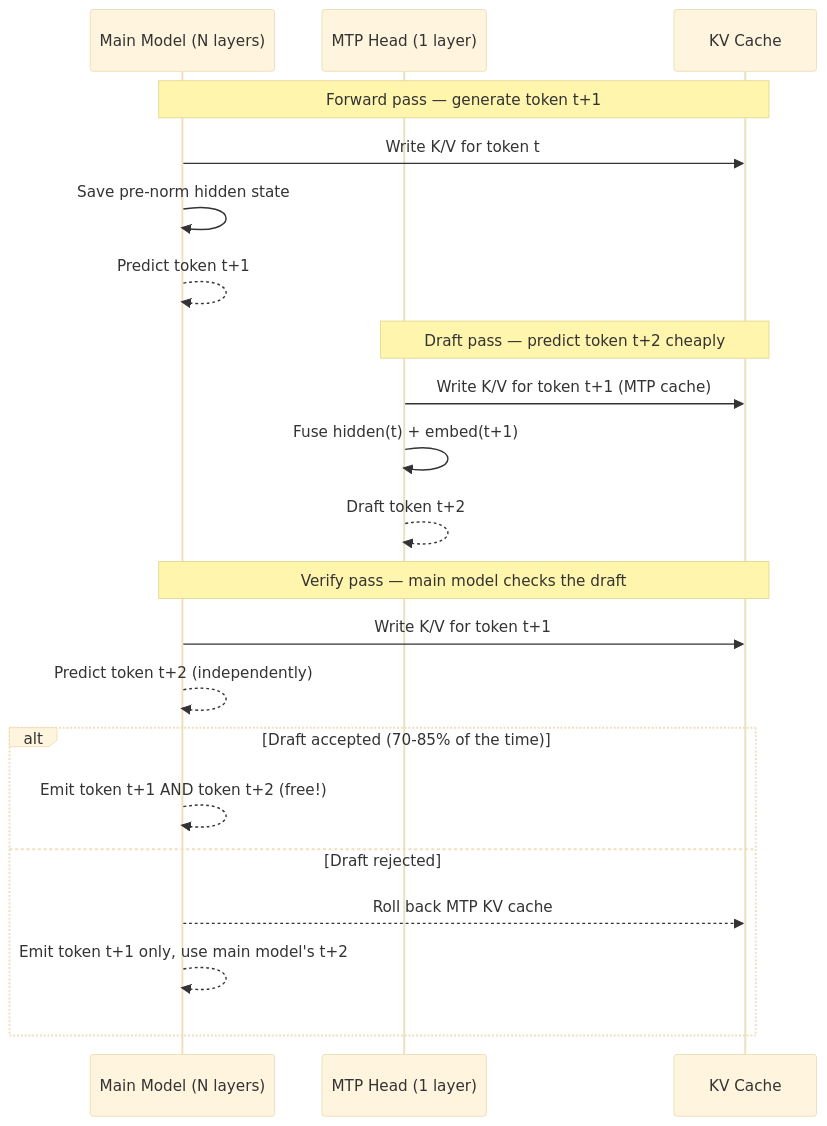
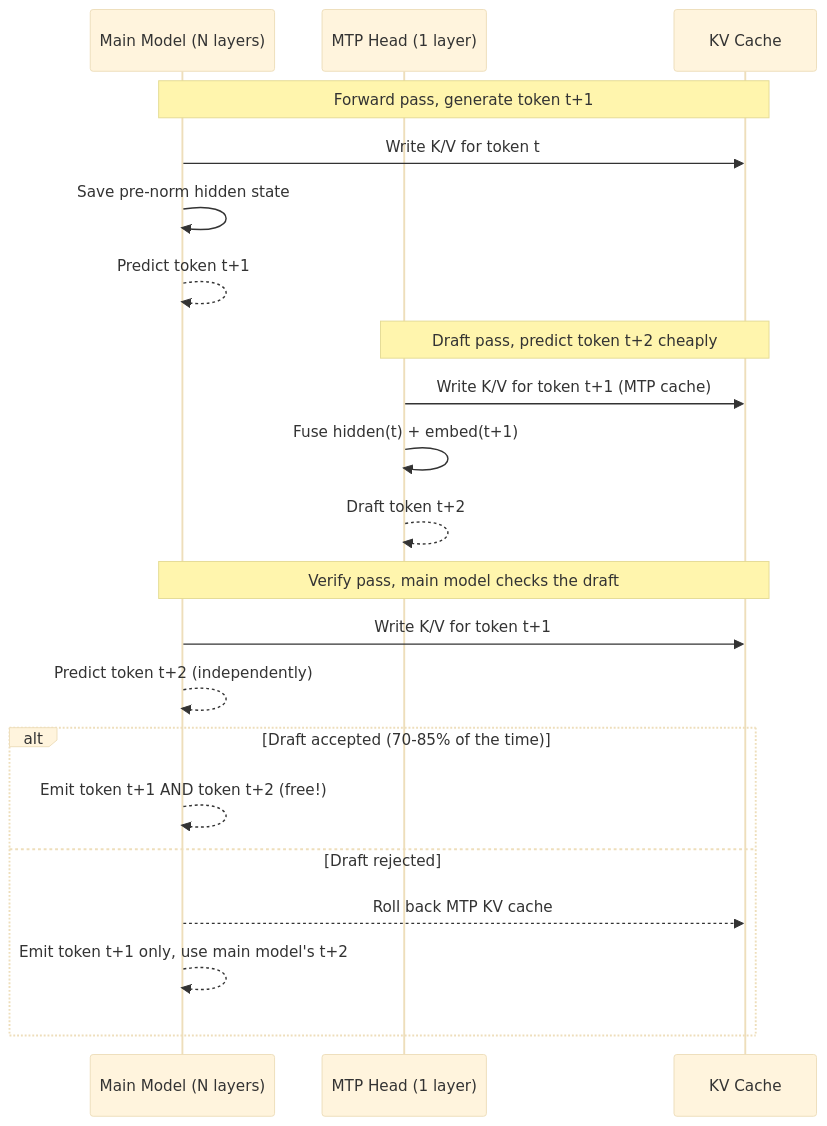
The fifth of 7 diagrams in docs/tutorial/18-multi-token-prediction.md (maci0/agave), drawn with Mermaid (base theme) before and after one commit. The commit also changed other lines of this file and 196 other files, not shown here.

````diff
--- a/docs/tutorial/18-multi-token-prediction.md
+++ b/docs/tutorial/18-multi-token-prediction.md
@@ -256,27 +256,27 @@
 ```mermaid
 sequenceDiagram
     participant Main as Main Model (N layers)
     participant MTP as MTP Head (1 layer)
     participant KV as KV Cache
 
-    Note over Main,KV: Forward pass — generate token t+1
+    Note over Main,KV: Forward pass, generate token t+1
     Main->>KV: Write K/V for token t
     Main->>Main: Save pre-norm hidden state
     Main-->>Main: Predict token t+1
 
-    Note over MTP,KV: Draft pass — predict token t+2 cheaply
+    Note over MTP,KV: Draft pass, predict token t+2 cheaply
     MTP->>KV: Write K/V for token t+1 (MTP cache)
     MTP->>MTP: Fuse hidden(t) + embed(t+1)
     MTP-->>MTP: Draft token t+2
 
-    Note over Main,KV: Verify pass — main model checks the draft
+    Note over Main,KV: Verify pass, main model checks the draft
     Main->>KV: Write K/V for token t+1
     Main-->>Main: Predict token t+2 (independently)
 
     alt Draft accepted (70-85% of the time)
         Main-->>Main: Emit token t+1 AND token t+2 (free!)
     else Draft rejected
         Main-->>KV: Roll back MTP KV cache
         Main-->>Main: Emit token t+1 only, use main model's t+2
     end
 ```
````
